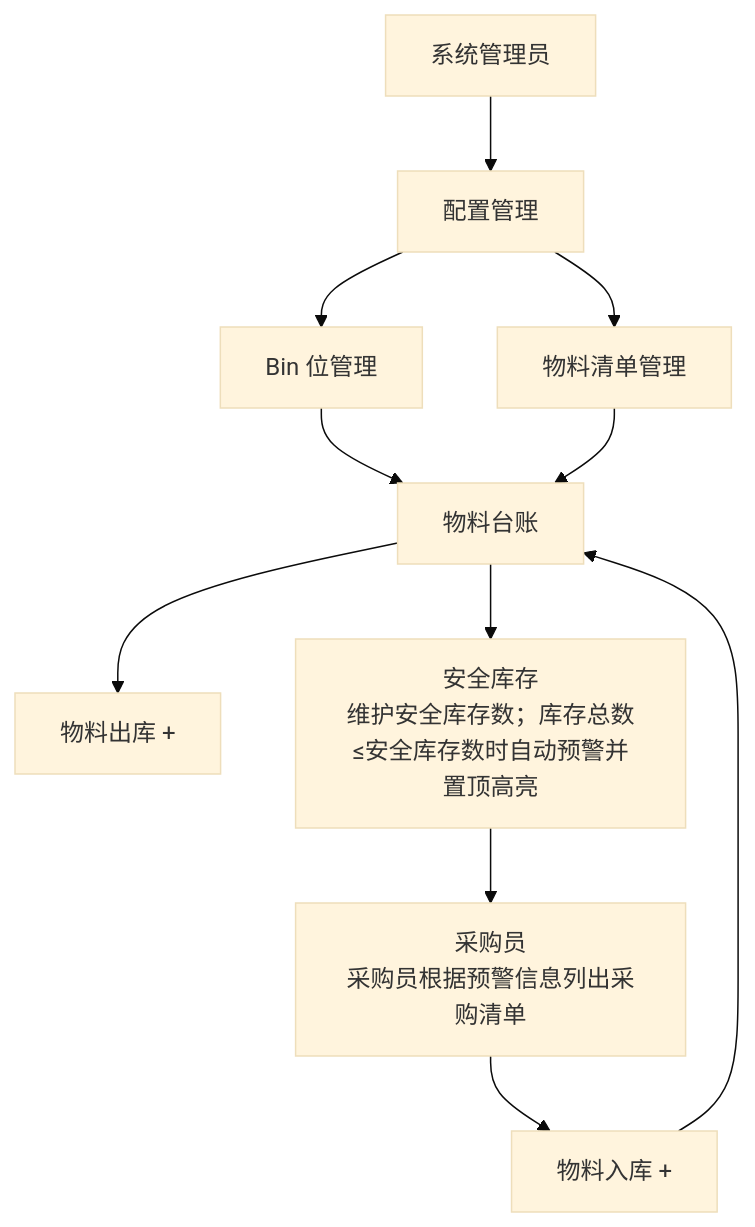
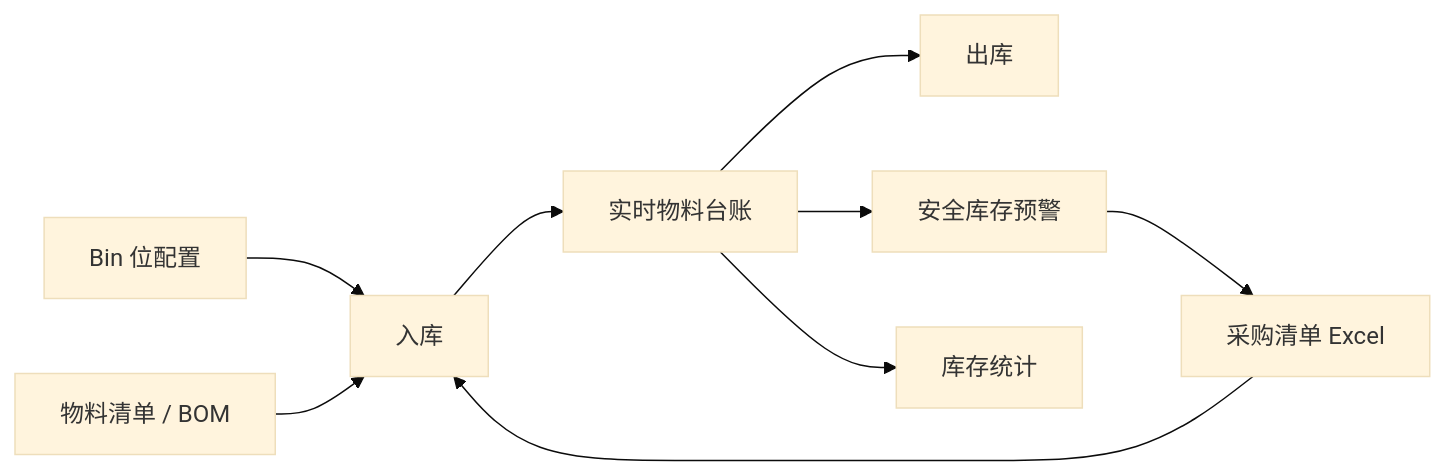
Before and after one commit to z136606021-star/Storage: the diagram in README.md, drawn with Mermaid (base theme). The commit also changed other lines of this file and 2 other files, not shown here.

````diff
--- a/README.md
+++ b/README.md
@@ -309,13 +28,11 @@
 ```mermaid
-flowchart TD
-  Admin["系统管理员"] --> Config["配置管理"]
-  Config --> Bin["Bin 位管理"]
-  Config --> Bom["物料清单管理"]
-  Bin --> Ledger["物料台账"]
-  Bom --> Ledger
-  Purchase["采购员\n采购员根据预警信息列出采购清单"] --> Inbound["物料入库 +"]
-  Inbound --> Ledger
-  Ledger --> Outbound["物料出库 +"]
-  Ledger --> Safety["安全库存\n维护安全库存数；库存总数≤安全库存数时自动预警并置顶高亮"]
-  Safety --> Purchase
+flowchart LR
+  Bin["Bin 位配置"] --> Inbound["入库"]
+  Bom["物料清单 / BOM"] --> Inbound
+  Inbound --> Ledger["实时物料台账"]
+  Ledger --> Outbound["出库"]
+  Ledger --> Safety["安全库存预警"]
+  Ledger --> Stats["库存统计"]
+  Safety --> Purchase["采购清单 Excel"]
+  Purchase --> Inbound
 ```
````
